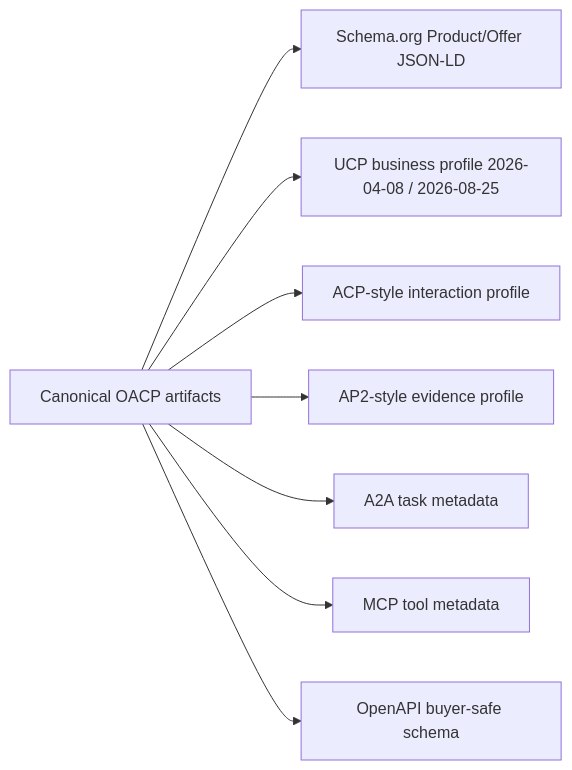
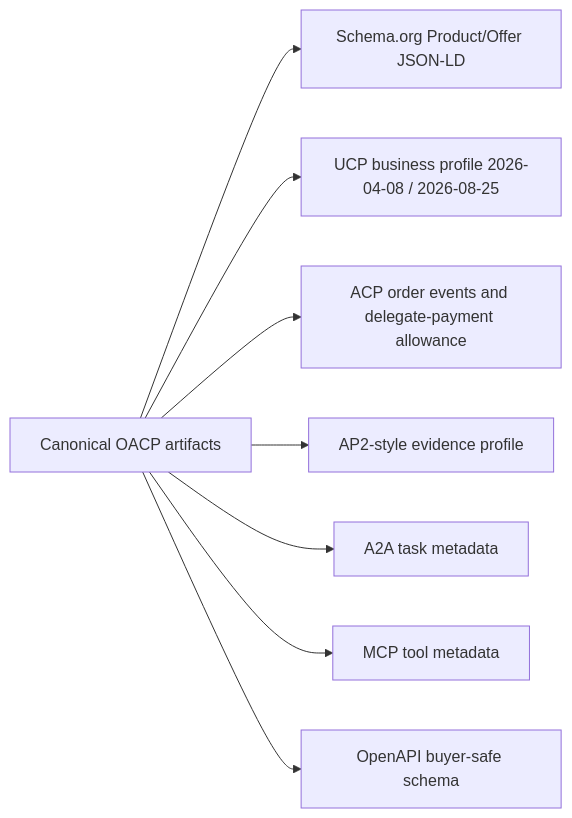
One commit to mishrasanjeev/grantex changed the diagram in docs/guides/oacp/protocol-adapter.mdx. Above: the diagram before and after it, drawn with Mermaid. The commit also changed other lines of this file and 13 other files, not shown here.

Commit message:
feat(oacp): ACP order_create / order_update events for Grantex orders and Merchant-Signature (G37)

````diff
--- a/docs/guides/oacp/protocol-adapter.mdx
+++ b/docs/guides/oacp/protocol-adapter.mdx
@@ -11,10 +11,10 @@
 ```mermaid
 flowchart LR
   artifact[Canonical OACP artifacts] --> schema[Schema.org Product/Offer JSON-LD]
   artifact --> ucp[UCP business profile 2026-04-08 / 2026-08-25]
-  artifact --> acp[ACP-style interaction profile]
+  artifact --> acp[ACP order events and delegate-payment allowance]
   artifact --> ap2[AP2-style evidence profile]
   artifact --> a2a[A2A task metadata]
   artifact --> mcp[MCP tool metadata]
   artifact --> openapi[OpenAPI buyer-safe schema]
 ```
````
